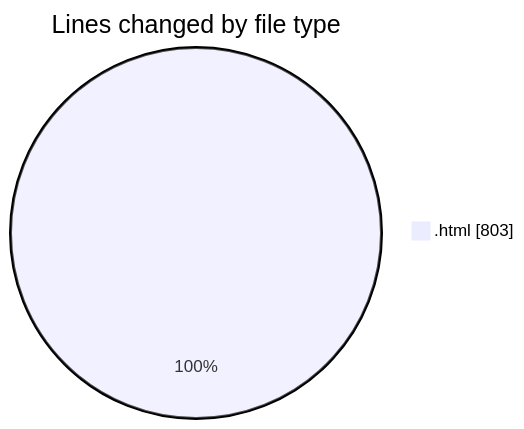
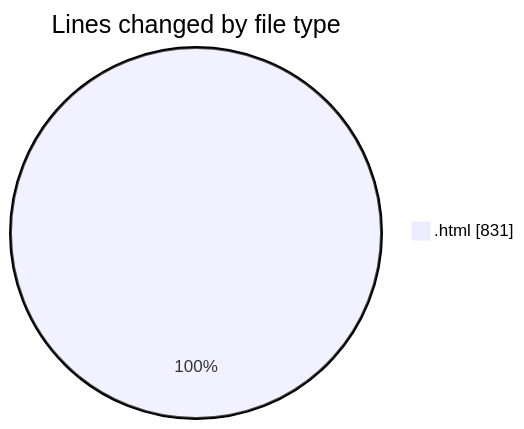
One commit to shibass792/code-tracking changed the first of 2 diagrams in 2026-07-16/panel/README.md. Above: the diagram before and after it, drawn with Mermaid. The commit also changed other lines of this file and 1 other file, not shown here.

````diff
--- a/2026-07-16/panel/README.md
+++ b/2026-07-16/panel/README.md
@@ -20,5 +20,5 @@
 ```mermaid
 pie showData
 title Lines changed by file type
-".html" : 803
+".html" : 831
 ```
````
